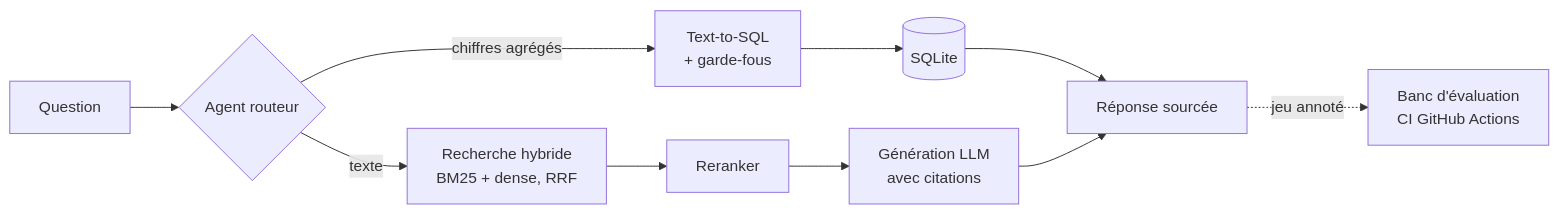
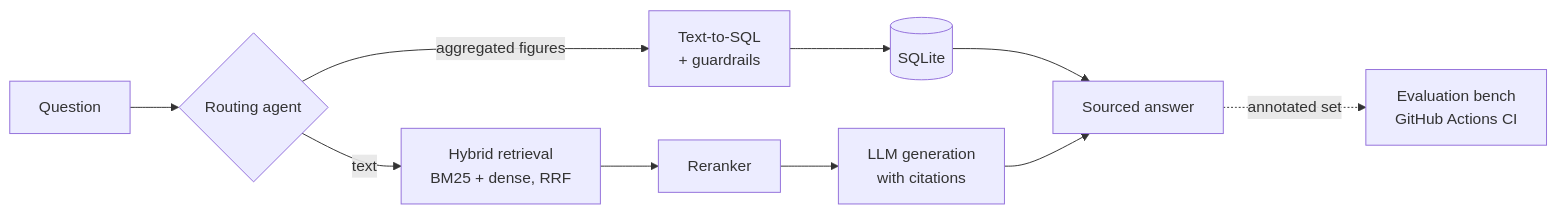
Before and after one commit to MohamedAnasBenMim/docqa-bench: the diagram in README.md, drawn with Mermaid. The commit also changed other lines of this file, not shown here.

````diff
--- a/README.md
+++ b/README.md
@@ -22,10 +22,10 @@
 ```mermaid
 flowchart LR
-    Q[Question] --> R{Agent routeur}
-    R -- chiffres agrégés --> S[Text-to-SQL<br/>+ garde-fous] --> DB[(SQLite)]
-    R -- texte --> H[Recherche hybride<br/>BM25 + dense, RRF]
-    H --> RR[Reranker] --> G[Génération LLM<br/>avec citations]
-    DB --> A[Réponse sourcée]
+    Q[Question] --> R{Routing agent}
+    R -- aggregated figures --> S[Text-to-SQL<br/>+ guardrails] --> DB[(SQLite)]
+    R -- text --> H[Hybrid retrieval<br/>BM25 + dense, RRF]
+    H --> RR[Reranker] --> G[LLM generation<br/>with citations]
+    DB --> A[Sourced answer]
     G --> A
-    A -. jeu annoté .-> E[Banc d'évaluation<br/>CI GitHub Actions]
+    A -. annotated set .-> E[Evaluation bench<br/>GitHub Actions CI]
 ```
````
